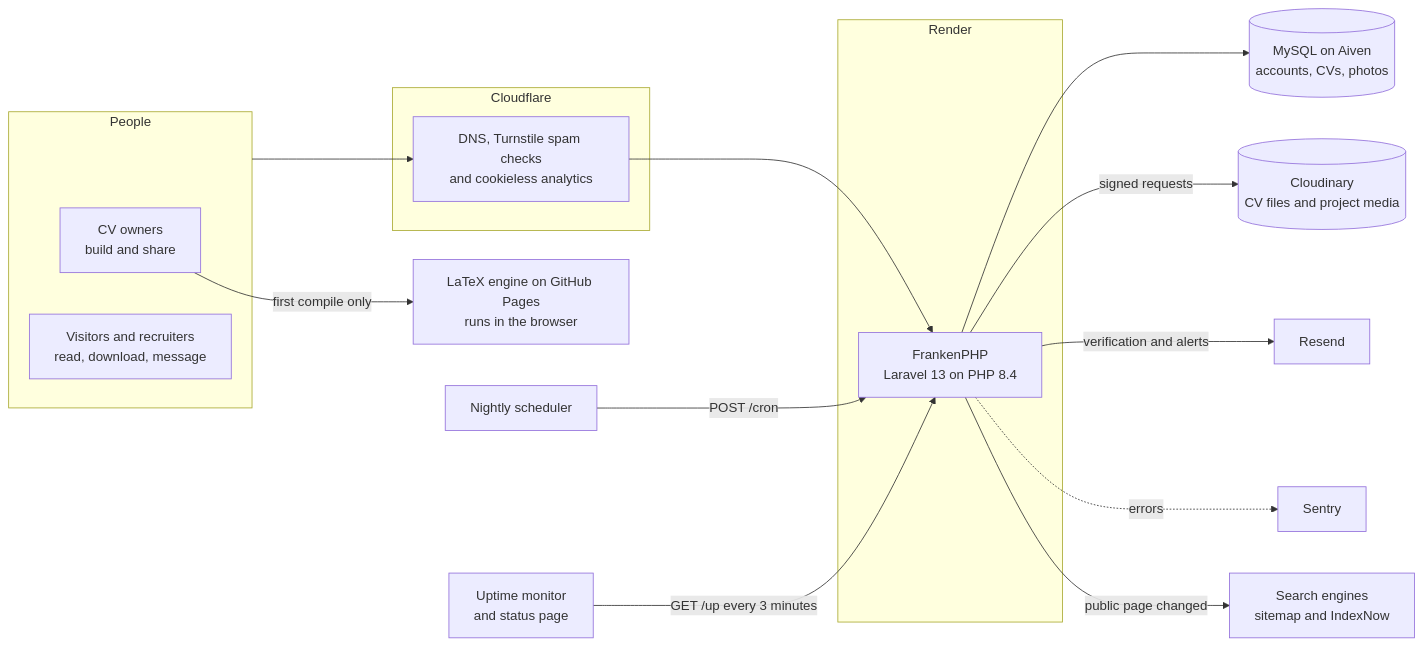
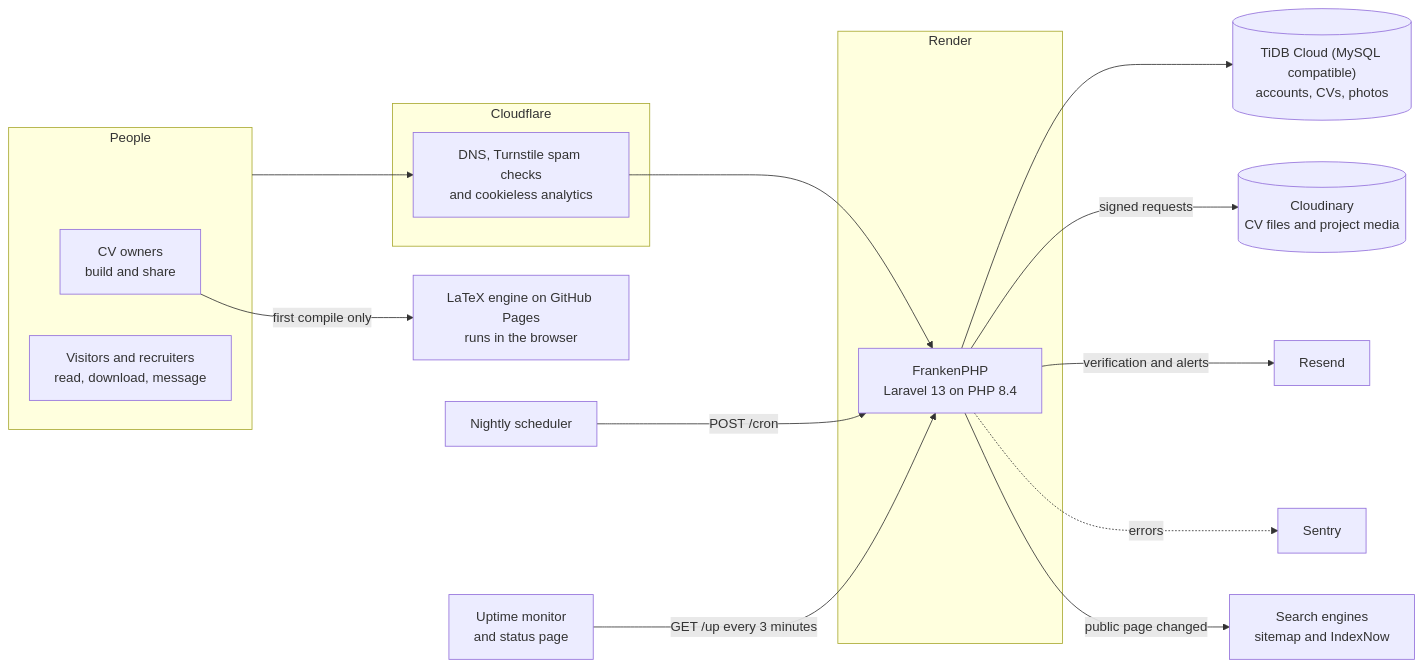
One commit to zaccesss/vitafolio changed the diagram in README.md. Above: the diagram before and after it, drawn with Mermaid. The commit also changed 3 other files, not shown here.

````diff
--- a/README.md
+++ b/README.md
@@ -73,22 +73,22 @@
 ```mermaid
 flowchart LR
     subgraph PEOPLE["People"]
         OWNER["CV owners<br/>build and share"]
         VISITOR["Visitors and recruiters<br/>read, download, message"]
     end
     subgraph EDGE["Cloudflare"]
         CF["DNS, Turnstile spam checks<br/>and cookieless analytics"]
     end
     subgraph HOST["Render"]
         APP["FrankenPHP<br/>Laravel 13 on PHP 8.4"]
     end
     PEOPLE --> CF --> APP
-    APP --> DB[("MySQL on Aiven<br/>accounts, CVs, photos")]
+    APP --> DB[("TiDB Cloud (MySQL compatible)<br/>accounts, CVs, photos")]
     APP -- "signed requests" --> MEDIA[("Cloudinary<br/>CV files and project media")]
     APP -- "verification and alerts" --> MAIL["Resend"]
     APP -. "errors" .-> SENTRY["Sentry"]
     OWNER -- "first compile only" --> TEX["LaTeX engine on GitHub Pages<br/>runs in the browser"]
     CRON["Nightly scheduler"] -- "POST /cron" --> APP
     MONITOR["Uptime monitor<br/>and status page"] -- "GET /up every 3 minutes" --> APP
     APP -- "public page changed" --> SEARCH["Search engines<br/>sitemap and IndexNow"]
 ```
````
